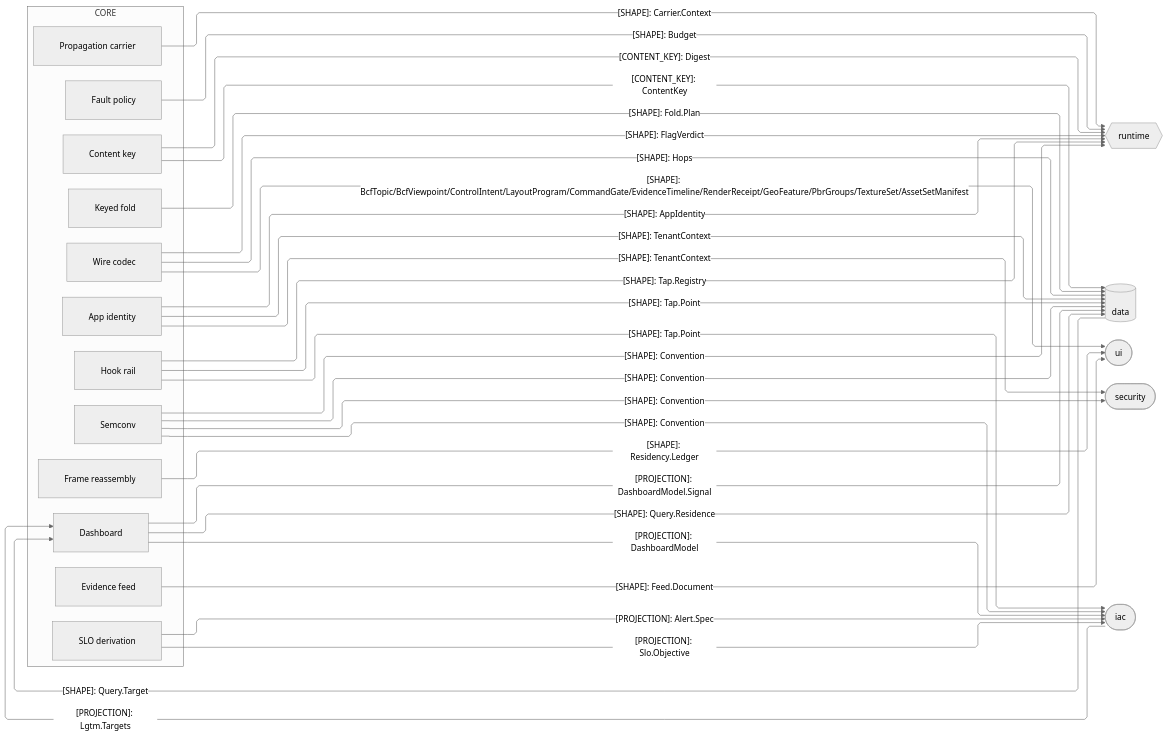
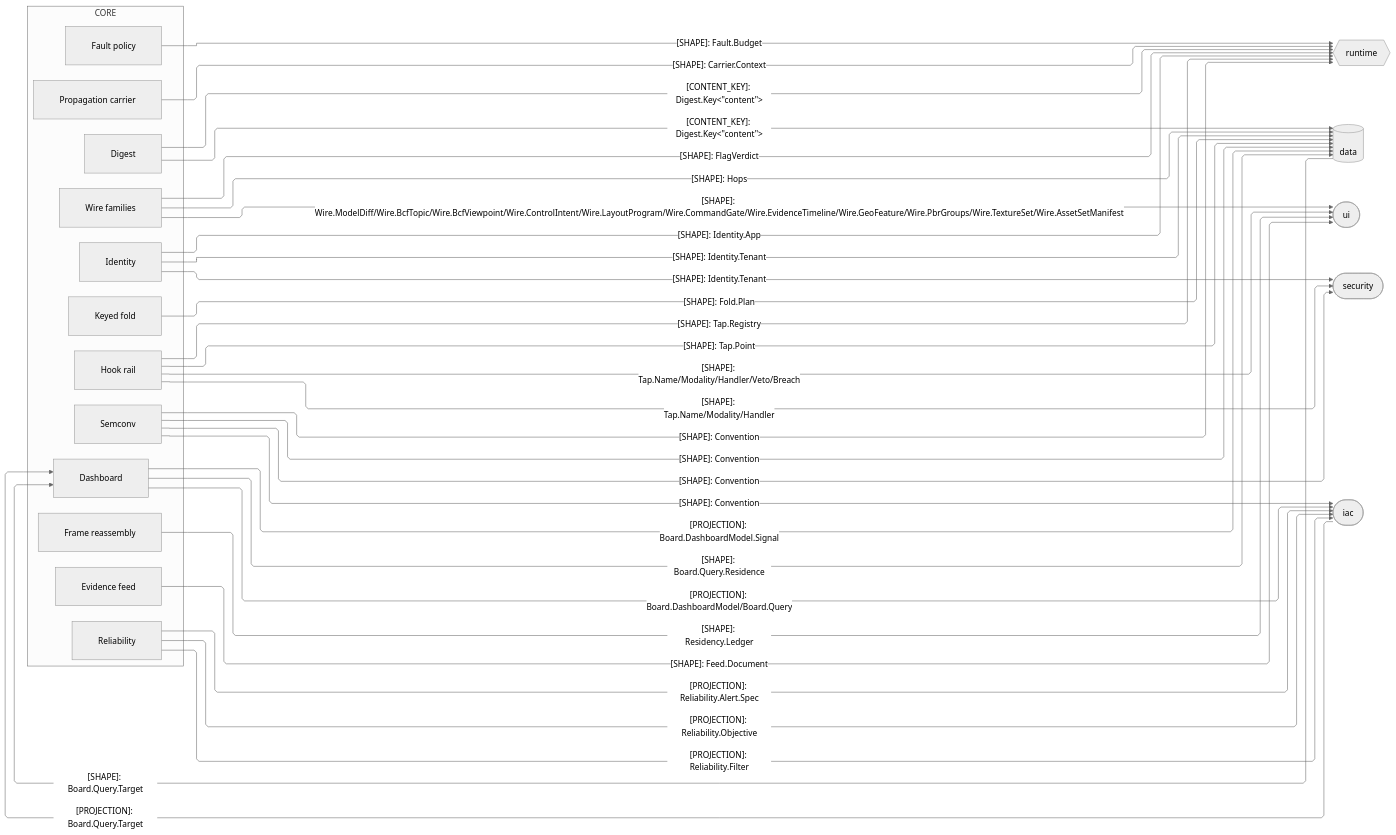
The third of 4 diagrams in libs/typescript/core/ARCHITECTURE.md (bsamiee/Rasm), drawn with Mermaid (neutral theme) before and after one commit. The commit also changed other lines of this file and 400 other files, not shown here.

````diff
--- a/libs/typescript/core/ARCHITECTURE.md
+++ b/libs/typescript/core/ARCHITECTURE.md
@@ -171,58 +171,60 @@
 ```mermaid
 ---
 config:
   layout: elk
   flowchart:
     curve: linear
     padding: 25
 ---
 flowchart LR
     accTitle: Core TypeScript sibling seam registry
-    accDescr: Core owners handing content identity and decoded shapes to the data, runtime, ui, security, and iac siblings, and taking the minted render target back from the data lane and the selected render coordinates back from the deploy plane.
+    accDescr: Core sends value, state, wire, observe, and carrier shapes; data and IaC return Board.Query targets.
     subgraph core[CORE]
-        ContentKey[Content key]
-        Codec[Wire codec]
+        Digest[Digest]
+        Wire[Wire families]
         Frame[Frame reassembly]
         Fold[Keyed fold]
         Feed[Evidence feed]
-        Identity[App identity]
+        Identity[Identity]
         Fault[Fault policy]
         Convention[Semconv]
-        Slo[SLO derivation]
+        Reliability[Reliability]
         Board[Dashboard]
         Tap[Hook rail]
         Carrier[Propagation carrier]
     end
     Runtime{{runtime}}
     Data[(data)]
     Ui([ui])
     Security([security])
     Iac([iac])
-    ContentKey e1@-->|"[CONTENT_KEY]: ContentKey"| Data
-    ContentKey e2@-->|"[CONTENT_KEY]: Digest"| Runtime
-    Codec e3@-->|"[SHAPE]: FlagVerdict"| Runtime
+    Digest e1@-->|"[CONTENT_KEY]: Digest.Key&lt;&quot;content&quot;&gt;"| Data
+    Digest e2@-->|"[CONTENT_KEY]: Digest.Key&lt;&quot;content&quot;&gt;"| Runtime
+    Wire e3@-->|"[SHAPE]: FlagVerdict"| Runtime
     Fold e4@-->|"[SHAPE]: Fold.Plan"| Data
     Feed e5@-->|"[SHAPE]: Feed.Document"| Ui
-    Identity e6@-->|"[SHAPE]: TenantContext"| Security
-    Identity e7@-->|"[SHAPE]: TenantContext"| Data
-    Identity e8@-->|"[SHAPE]: AppIdentity"| Runtime
-    Fault e9@-->|"[SHAPE]: Budget"| Runtime
+    Identity e6@-->|"[SHAPE]: Identity.Tenant"| Security
+    Identity e7@-->|"[SHAPE]: Identity.Tenant"| Data
+    Identity e8@-->|"[SHAPE]: Identity.App"| Runtime
+    Fault e9@-->|"[SHAPE]: Fault.Budget"| Runtime
     Convention e10@-->|"[SHAPE]: Convention"| Runtime
     Convention e12@-->|"[SHAPE]: Convention"| Data
     Convention e13@-->|"[SHAPE]: Convention"| Security
     Convention e22@-->|"[SHAPE]: Convention"| Iac
-    Board e11@-->|"[PROJECTION]: DashboardModel"| Iac
-    Slo e14@-->|"[PROJECTION]: Alert.Spec"| Iac
+    Board e11@-->|"[PROJECTION]: Board.DashboardModel/Board.Query"| Iac
+    Reliability e14@-->|"[PROJECTION]: Reliability.Alert.Spec"| Iac
     Frame e15@-->|"[SHAPE]: Residency.Ledger"| Ui
-    Codec e21@-->|"[SHAPE]: BcfTopic/BcfViewpoint/ControlIntent/LayoutProgram/CommandGate/EvidenceTimeline/RenderReceipt/GeoFeature/PbrGroups/TextureSet/AssetSetManifest"| Ui
-    Slo e16@-->|"[PROJECTION]: Slo.Objective"| Iac
+    Wire e21@-->|"[SHAPE]: Wire.ModelDiff/Wire.BcfTopic/Wire.BcfViewpoint/Wire.ControlIntent/Wire.LayoutProgram/Wire.CommandGate/Wire.EvidenceTimeline/Wire.GeoFeature/Wire.PbrGroups/Wire.TextureSet/Wire.AssetSetManifest"| Ui
+    Reliability e16@-->|"[PROJECTION]: Reliability.Objective"| Iac
+    Reliability e29@-->|"[PROJECTION]: Reliability.Filter"| Iac
     Tap e17@-->|"[SHAPE]: Tap.Registry"| Runtime
     Carrier e18@-->|"[SHAPE]: Carrier.Context"| Runtime
     Tap e19@-->|"[SHAPE]: Tap.Point"| Data
-    Tap e20@-->|"[SHAPE]: Tap.Point"| Iac
-    Board e23@-->|"[SHAPE]: Query.Residence"| Data
-    Codec e24@-->|"[SHAPE]: Hops"| Data
-    Data e25@-->|"[SHAPE]: Query.Target"| Board
-    Board e26@-->|"[PROJECTION]: DashboardModel.Signal"| Data
-    Iac e27@-->|"[PROJECTION]: Lgtm.Targets"| Board
+    Tap e20@-->|"[SHAPE]: Tap.Name/Modality/Handler/Veto/Breach"| Ui
+    Tap e23@-->|"[SHAPE]: Tap.Name/Modality/Handler"| Security
+    Board e24@-->|"[SHAPE]: Board.Query.Residence"| Data
+    Wire e25@-->|"[SHAPE]: Hops"| Data
+    Data e26@-->|"[SHAPE]: Board.Query.Target"| Board
+    Board e27@-->|"[PROJECTION]: Board.DashboardModel.Signal"| Data
+    Iac e28@-->|"[PROJECTION]: Board.Query.Target"| Board
 ```
````
